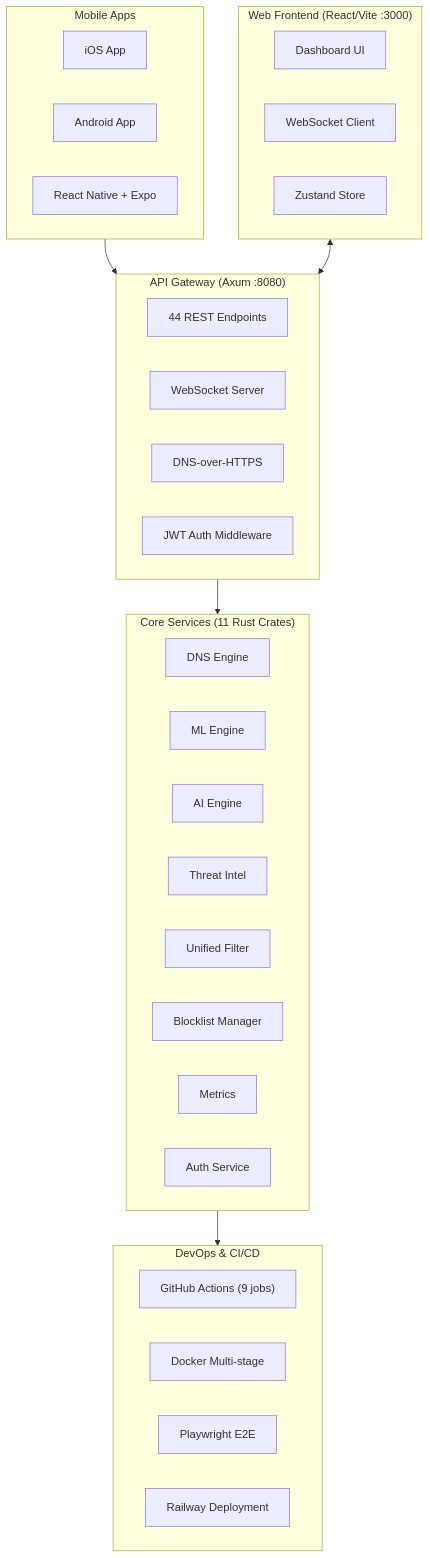
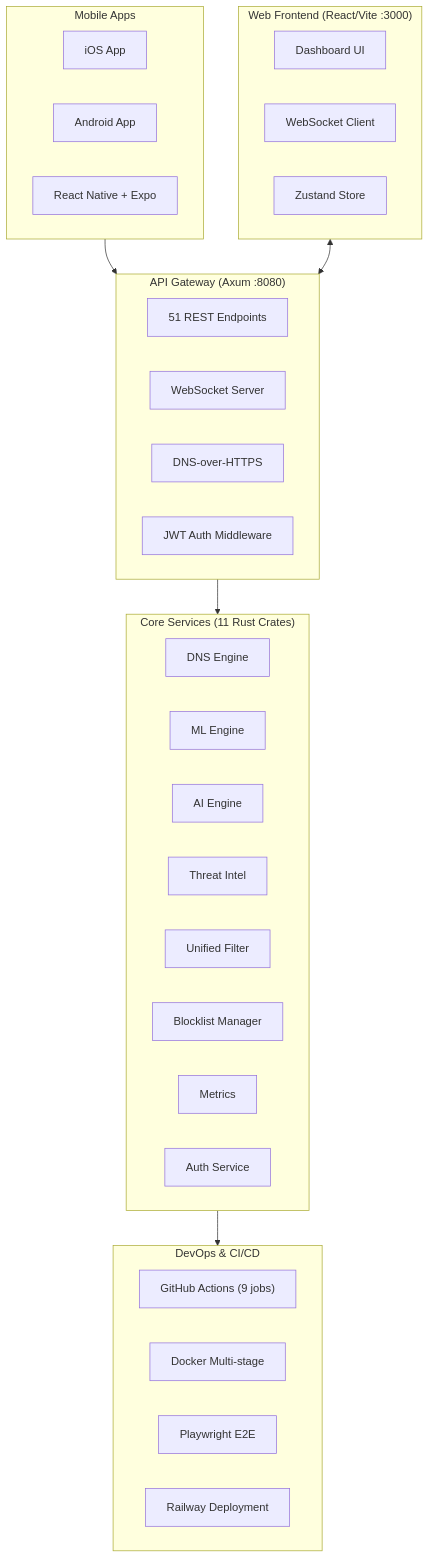
One commit to punitmishra/shield-ai changed the first of 2 diagrams in CHECKPOINT.md. Above: the diagram before and after it, drawn with Mermaid. The commit also changed other lines of this file and 4 other files, not shown here.

````diff
--- a/CHECKPOINT.md
+++ b/CHECKPOINT.md
@@ -32,44 +32,44 @@
 ```mermaid
 flowchart TB
     subgraph Mobile["Mobile Apps"]
         iOS["iOS App"]
         Android["Android App"]
         RN["React Native + Expo"]
     end
 
     subgraph Frontend["Web Frontend (React/Vite :3000)"]
         UI["Dashboard UI"]
         WS["WebSocket Client"]
         Store["Zustand Store"]
     end
 
     subgraph API["API Gateway (Axum :8080)"]
-        REST["44 REST Endpoints"]
+        REST["51 REST Endpoints"]
         WSS["WebSocket Server"]
         DoH["DNS-over-HTTPS"]
         Auth["JWT Auth Middleware"]
     end
 
     subgraph Core["Core Services (11 Rust Crates)"]
         DNS["DNS Engine"]
         ML["ML Engine"]
         AI["AI Engine"]
         TI["Threat Intel"]
         Filter["Unified Filter"]
         Blocklist["Blocklist Manager"]
         Metrics["Metrics"]
         AuthSvc["Auth Service"]
     end
 
     subgraph DevOps["DevOps & CI/CD"]
         GHA["GitHub Actions (9 jobs)"]
         Docker["Docker Multi-stage"]
         E2E["Playwright E2E"]
         Railway["Railway Deployment"]
     end
 
     Mobile --> API
     Frontend <--> API
     API --> Core
     Core --> DevOps
 ```
````
